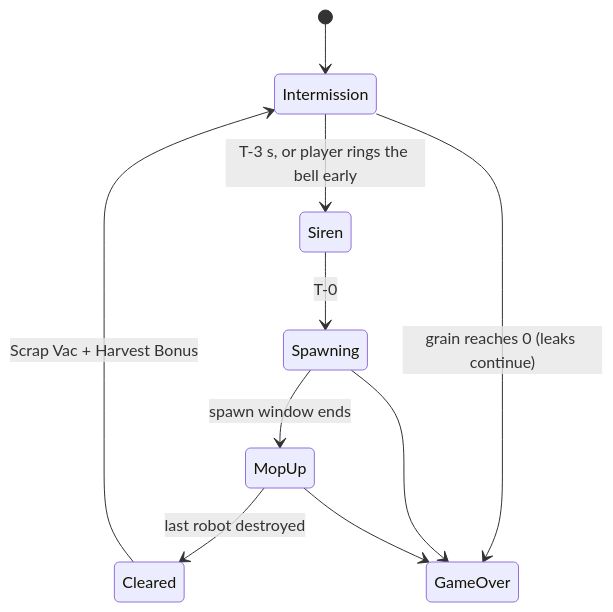
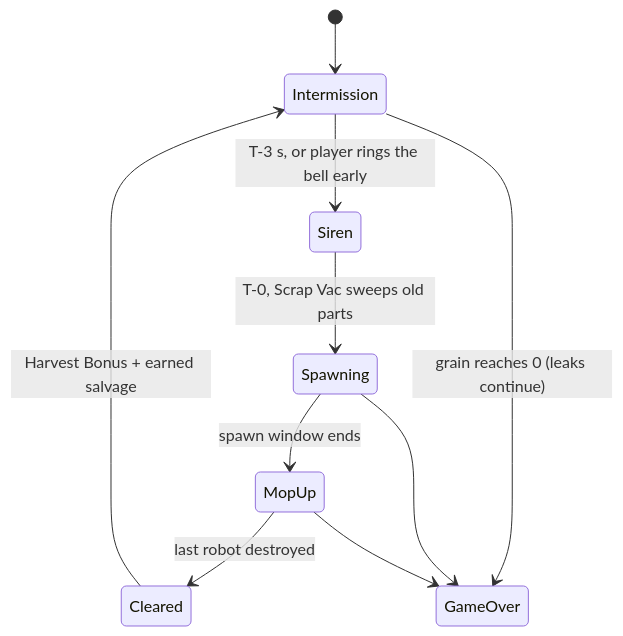
The fourth of 7 diagrams in Robot_Attack_GDD.md (riotfire/robotattackdemo), drawn with Mermaid before and after one commit. The commit also changed other lines of this file and 60 other files, not shown here.

````diff
--- a/Robot_Attack_GDD.md
+++ b/Robot_Attack_GDD.md
@@ -709,12 +709,12 @@
 ```mermaid
 stateDiagram-v2
     [*] --> Intermission
     Intermission --> Siren: T-3 s, or player rings the bell early
-    Siren --> Spawning: T-0
+    Siren --> Spawning: T-0, Scrap Vac sweeps old parts
     Spawning --> MopUp: spawn window ends
     MopUp --> Cleared: last robot destroyed
-    Cleared --> Intermission: Scrap Vac + Harvest Bonus
+    Cleared --> Intermission: Harvest Bonus + earned salvage
     Intermission --> GameOver: grain reaches 0 (leaks continue)
     Spawning --> GameOver
     MopUp --> GameOver
 ```
````
